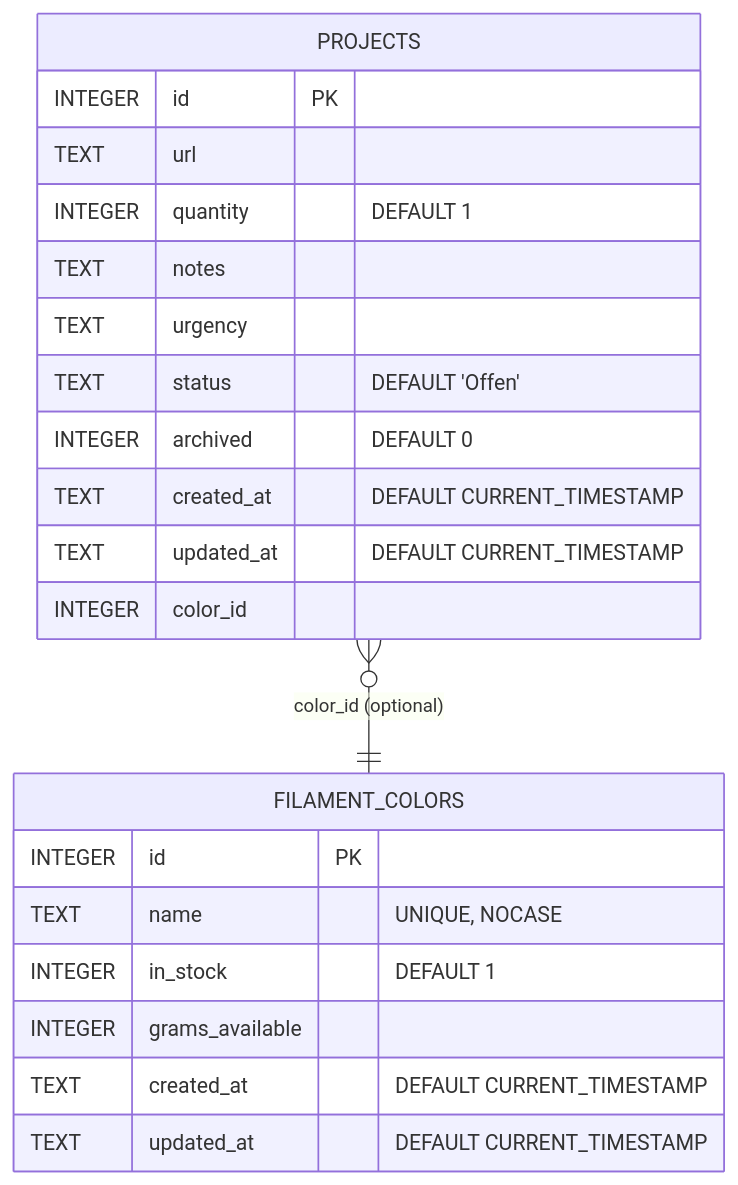
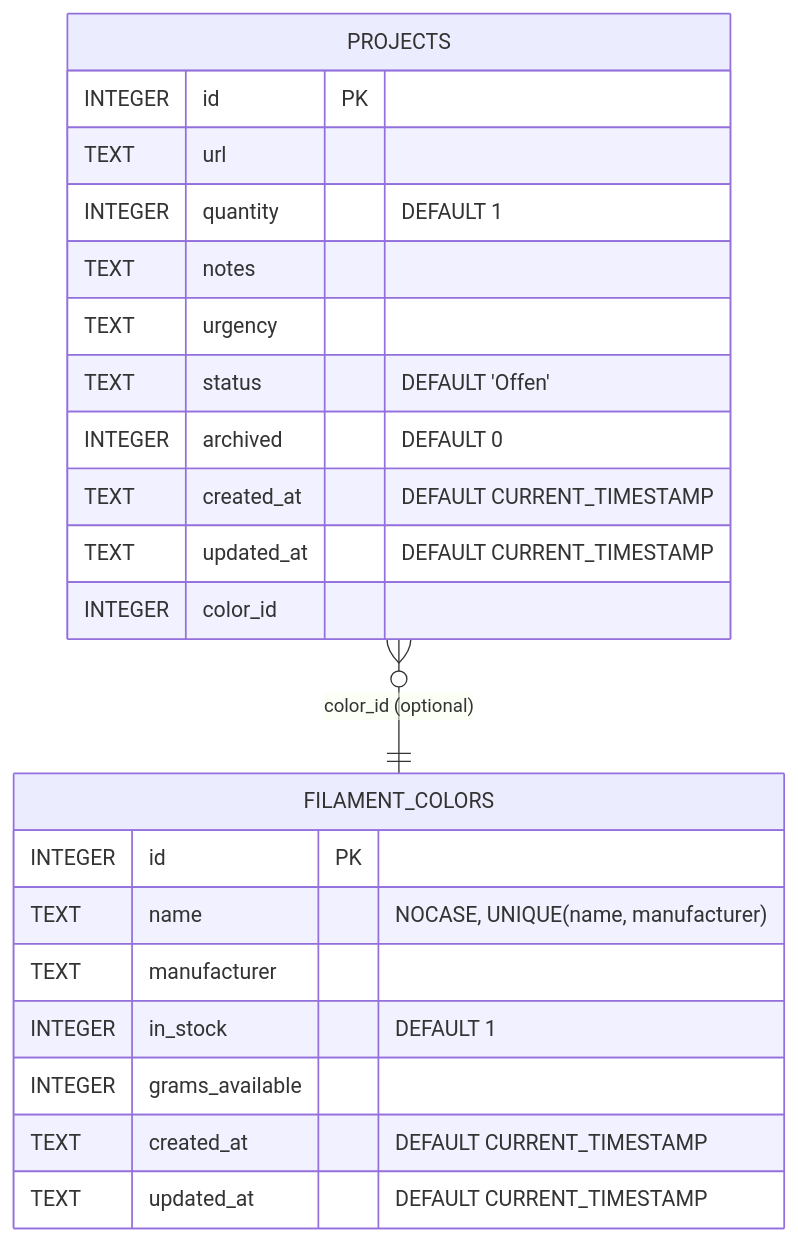
The diagram in database-schema.mmd (Aceless34/PrintingQueue), drawn with Mermaid before and after one commit. The commit also changed 15 other files, not shown here.

```diff
--- a/database-schema.mmd
+++ b/database-schema.mmd
@@ -1,28 +1,30 @@
 %% Auto-generated from SQLite schema in backend/data/printingqueue.db
 %% Note: No foreign keys are declared in the database.
+%% Extended to include a manufacturer field for filament colors (requested).
 
 erDiagram
   FILAMENT_COLORS {
     INTEGER id PK
-    TEXT name "UNIQUE, NOCASE"
+    TEXT name "NOCASE, UNIQUE(name, manufacturer)"
+    TEXT manufacturer
     INTEGER in_stock "DEFAULT 1"
     INTEGER grams_available
     TEXT created_at "DEFAULT CURRENT_TIMESTAMP"
     TEXT updated_at "DEFAULT CURRENT_TIMESTAMP"
   }
 
   PROJECTS {
     INTEGER id PK
     TEXT url
     INTEGER quantity "DEFAULT 1"
     TEXT notes
     TEXT urgency
     TEXT status "DEFAULT 'Offen'"
     INTEGER archived "DEFAULT 0"
     TEXT created_at "DEFAULT CURRENT_TIMESTAMP"
     TEXT updated_at "DEFAULT CURRENT_TIMESTAMP"
     INTEGER color_id
   }
 
   %% Conceptual link (not enforced by FK): projects.color_id -> filament_colors.id
   PROJECTS }o--|| FILAMENT_COLORS : "color_id (optional)"
```
